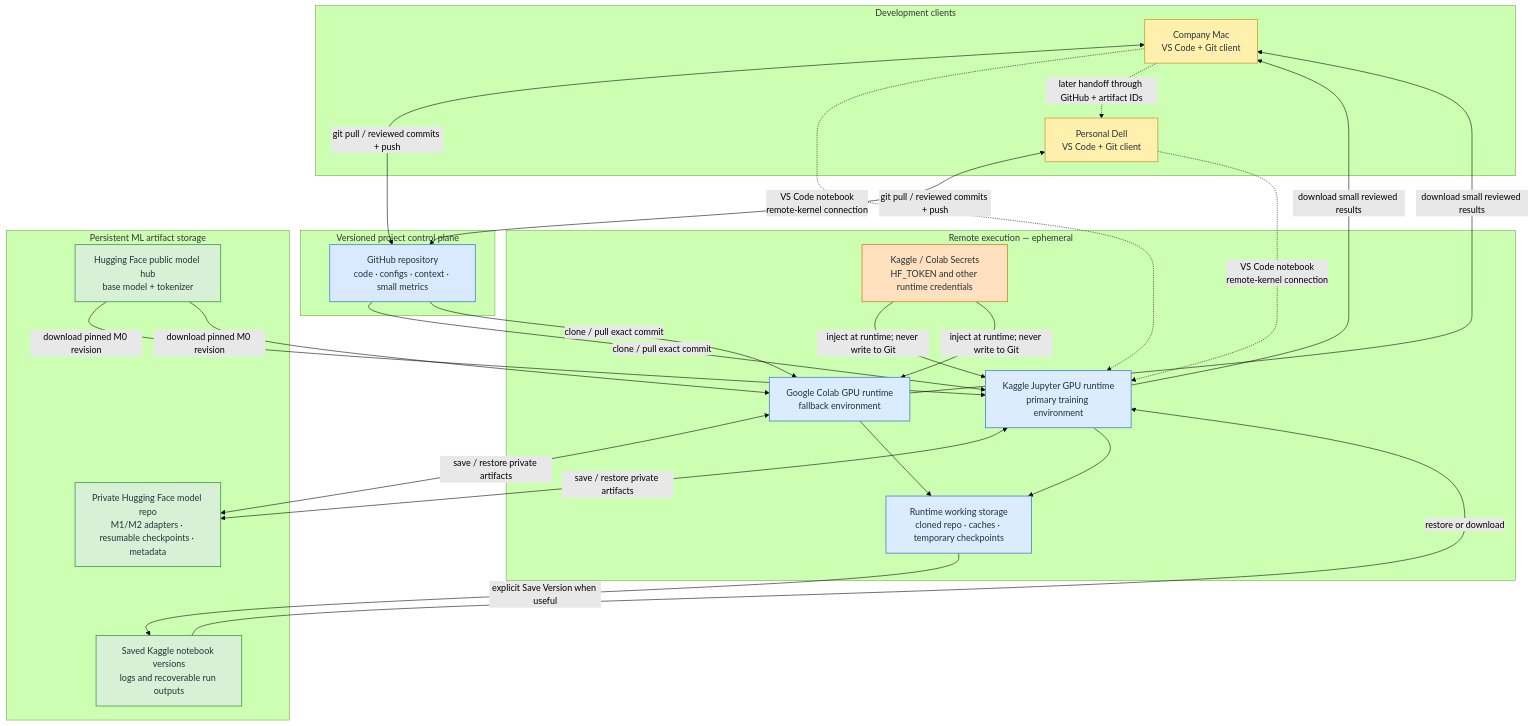
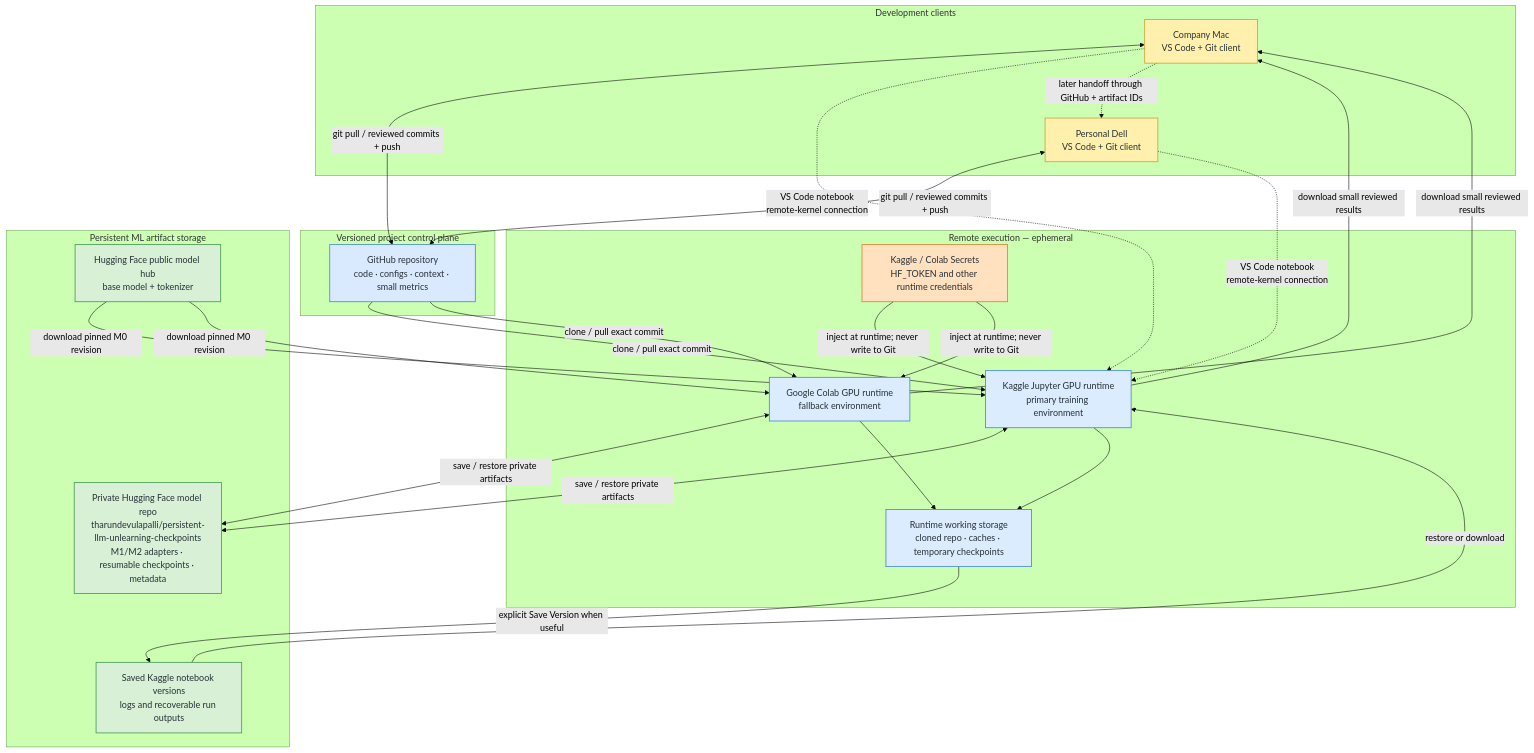
The diagram in README.md (DevulapalliTharun/persistent-llm-unlearning), drawn with Mermaid (forest theme) before and after one commit. The commit also changed other lines of this file and 3 other files, not shown here.

````diff
--- a/README.md
+++ b/README.md
@@ -58,55 +58,55 @@
 ```mermaid
 flowchart TB
     subgraph Clients["Development clients"]
         MAC["Company Mac<br/>VS Code + Git client"]
         DELL["Personal Dell<br/>VS Code + Git client"]
     end
 
     subgraph Control["Versioned project control plane"]
         GH["GitHub repository<br/>code · configs · context · small metrics"]
     end
 
     subgraph Compute["Remote execution — ephemeral"]
         KG["Kaggle Jupyter GPU runtime<br/>primary training environment"]
         COLAB["Google Colab GPU runtime<br/>fallback environment"]
         KSEC["Kaggle / Colab Secrets<br/>HF_TOKEN and other runtime credentials"]
         TEMP["Runtime working storage<br/>cloned repo · caches · temporary checkpoints"]
     end
 
     subgraph Storage["Persistent ML artifact storage"]
         HFBASE["Hugging Face public model hub<br/>base model + tokenizer"]
-        HFPRIV["Private Hugging Face model repo<br/>M1/M2 adapters · resumable checkpoints · metadata"]
+        HFPRIV["Private Hugging Face model repo<br/>tharundevulapalli/persistent-llm-unlearning-checkpoints<br/>M1/M2 adapters · resumable checkpoints · metadata"]
         KOUT["Saved Kaggle notebook versions<br/>logs and recoverable run outputs"]
     end
 
     MAC <-->|"git pull / reviewed commits + push"| GH
     DELL <-->|"git pull / reviewed commits + push"| GH
     MAC -.->|"VS Code notebook<br/>remote-kernel connection"| KG
     DELL -.->|"VS Code notebook<br/>remote-kernel connection"| KG
     GH -->|"clone / pull exact commit"| KG
     GH -->|"clone / pull exact commit"| COLAB
     KSEC -->|"inject at runtime; never write to Git"| KG
     KSEC -->|"inject at runtime; never write to Git"| COLAB
     HFBASE -->|"download pinned M0 revision"| KG
     HFBASE -->|"download pinned M0 revision"| COLAB
     KG <-->|"save / restore private artifacts"| HFPRIV
     COLAB <-->|"save / restore private artifacts"| HFPRIV
     KG --> TEMP
     COLAB --> TEMP
     TEMP -->|"explicit Save Version when useful"| KOUT
     KOUT -->|"restore or download"| KG
     KG -->|"download small reviewed results"| MAC
     COLAB -->|"download small reviewed results"| MAC
     MAC -.->|"later handoff through GitHub + artifact IDs"| DELL
 
     classDef client fill:#fff1ad,stroke:#c5a642,color:#263238,stroke-width:1.5px;
     classDef control fill:#d9eaff,stroke:#4c8bc7,color:#263238,stroke-width:1.5px;
     classDef compute fill:#dcecff,stroke:#4c8bc7,color:#263238,stroke-width:1.5px;
     classDef secret fill:#ffe0bf,stroke:#d58a32,color:#263238,stroke-width:1.5px;
     classDef system fill:#d8f0d5,stroke:#4b9b58,color:#263238,stroke-width:1.5px;
     class MAC,DELL client;
     class GH control;
     class KG,COLAB,TEMP compute;
     class KSEC secret;
     class HFBASE,HFPRIV,KOUT system;
 ```
````
